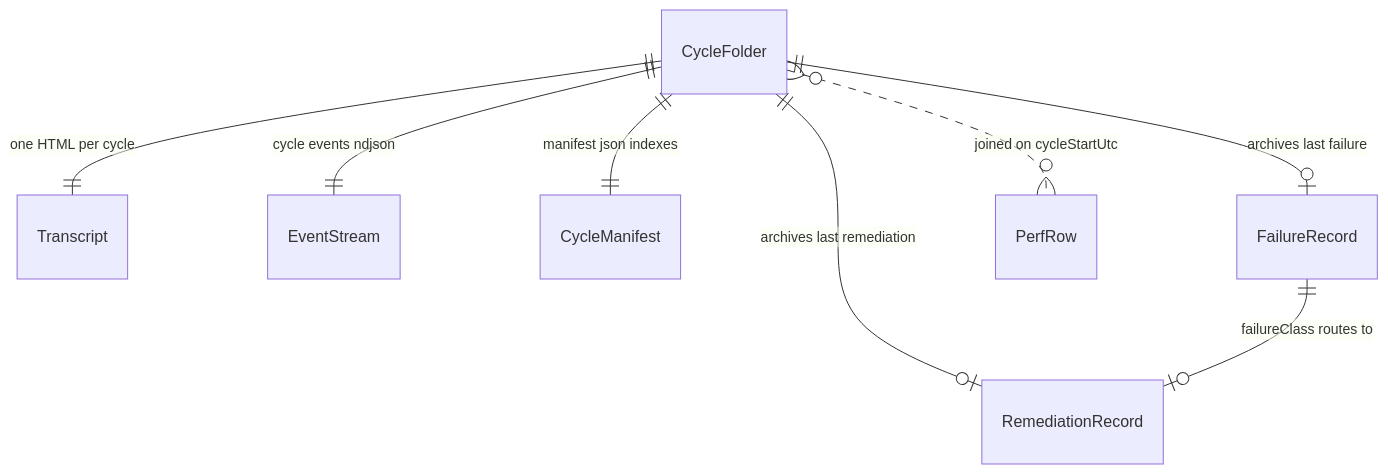
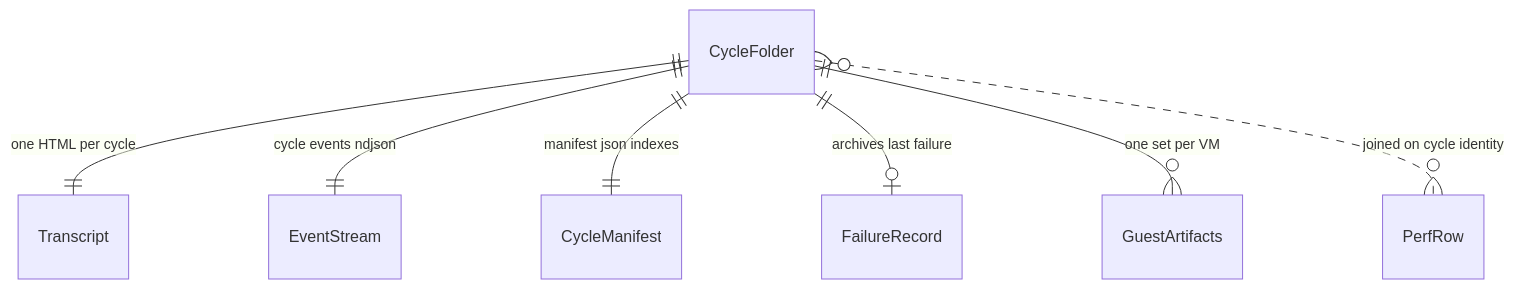
The tenth of 14 diagrams in docs/design/05-data-model.md (alissonsol/yuruna), drawn with Mermaid before and after one commit. The commit also changed other lines of this file and 752 other files, not shown here.

````diff
--- a/docs/design/05-data-model.md
+++ b/docs/design/05-data-model.md
@@ -480,10 +667,9 @@
 ```mermaid
 erDiagram
     CycleFolder ||--|| Transcript : "one HTML per cycle"
     CycleFolder ||--|| EventStream : "cycle events ndjson"
     CycleFolder ||--|| CycleManifest : "manifest json indexes"
     CycleFolder ||--o| FailureRecord : "archives last failure"
-    CycleFolder ||--o| RemediationRecord : "archives last remediation"
-    FailureRecord ||--o| RemediationRecord : "failureClass routes to"
-    CycleFolder }o..o{ PerfRow : "joined on cycleStartUtc"
+    CycleFolder ||--o{ GuestArtifacts : "one set per VM"
+    CycleFolder }o..o{ PerfRow : "joined on cycle identity"
 ```
````
